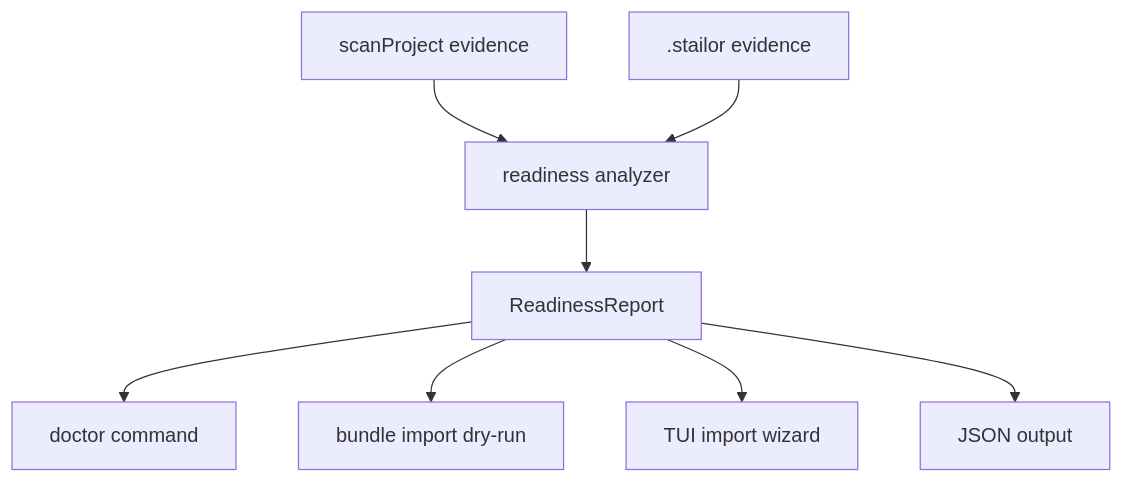
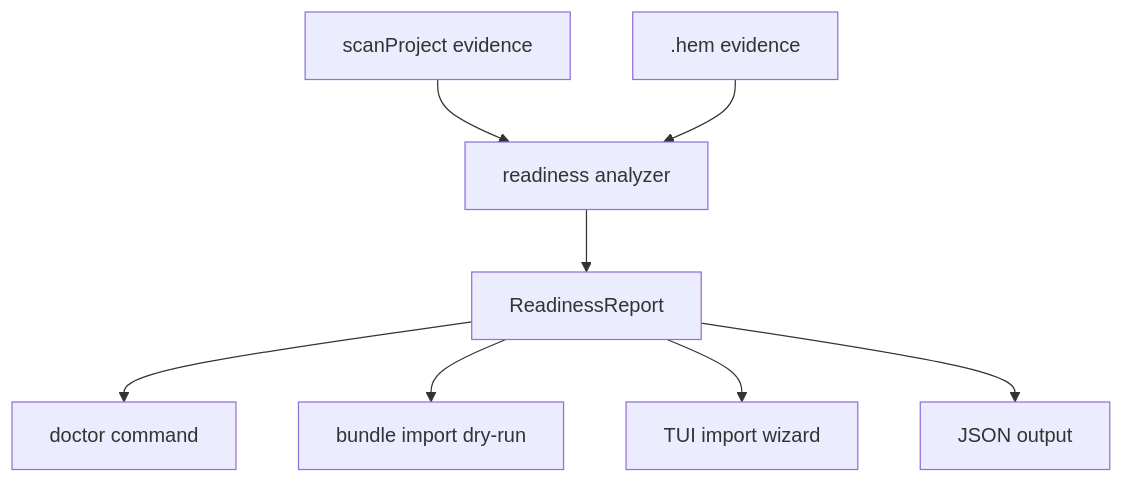
One commit to qyinm/gandalf changed the first of 2 diagrams in docs/plans/2026-06-07-001-feat-mac-readiness-preflight-plan.md. Above: the diagram before and after it, drawn with Mermaid. The commit also changed other lines of this file and 60 other files, not shown here.

````diff
--- a/docs/plans/2026-06-07-001-feat-mac-readiness-preflight-plan.md
+++ b/docs/plans/2026-06-07-001-feat-mac-readiness-preflight-plan.md
@@ -65,10 +65,10 @@
 ```mermaid
 flowchart TB
   A[scanProject evidence] --> B[readiness analyzer]
-  C[.stailor evidence] --> B
+  C[.hem evidence] --> B
   B --> D[ReadinessReport]
   D --> E[doctor command]
   D --> F[bundle import dry-run]
   D --> G[TUI import wizard]
   D --> H[JSON output]
 ```
````
